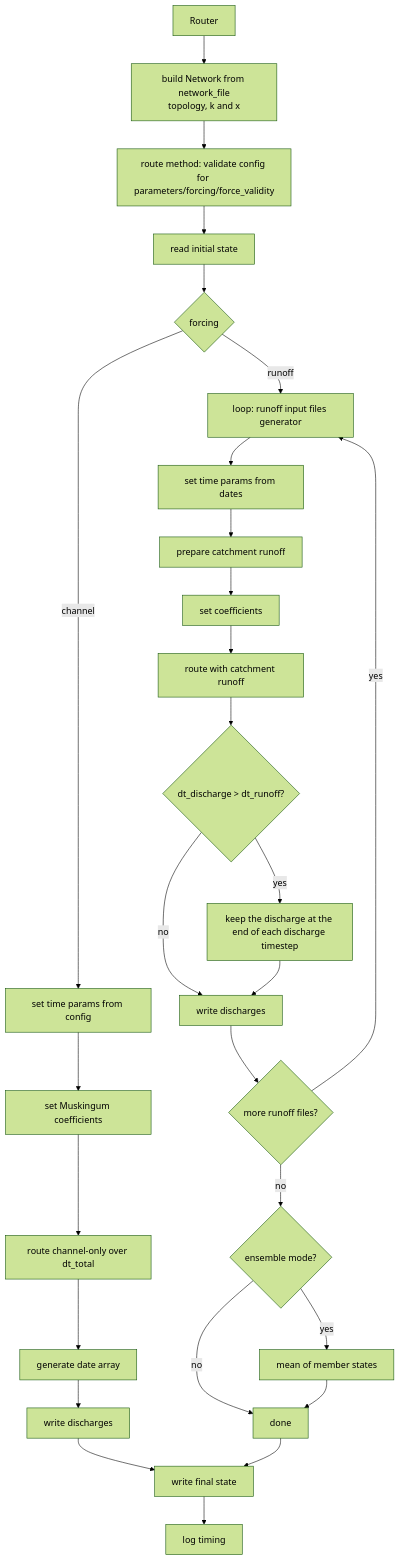
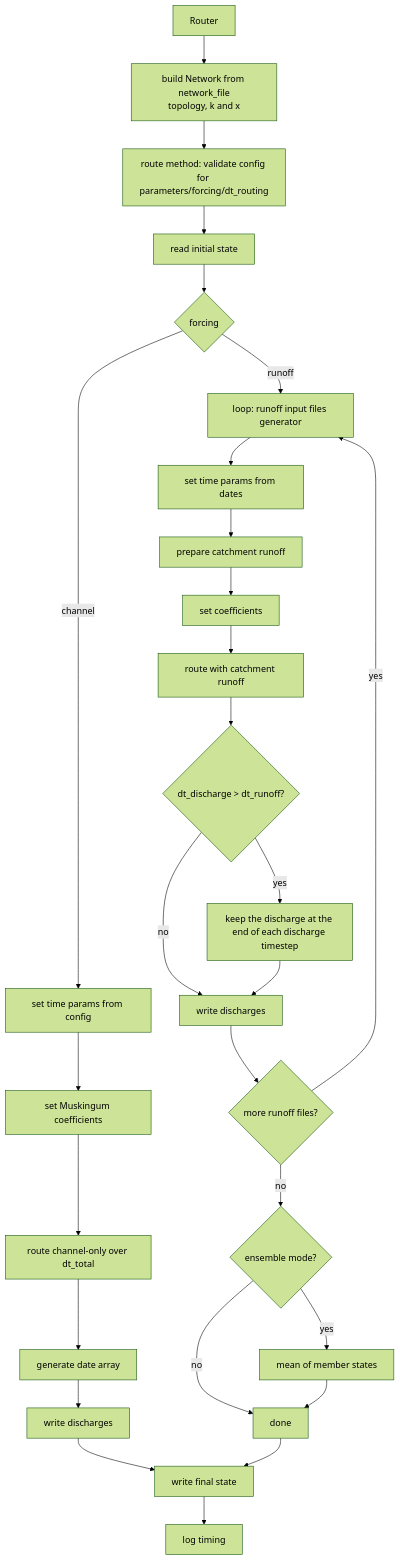
The diagram in docs/tutorial/advanced.md (rileyhales/river-route), drawn with Mermaid (forest theme) before and after one commit. The commit also changed other lines of this file and 25 other files, not shown here.

````diff
--- a/docs/tutorial/advanced.md
+++ b/docs/tutorial/advanced.md
@@ -3,33 +3,33 @@
 ```mermaid
 graph TD
     A[Router] --> C[build Network from network_file<br/>topology, k and x]
-    C --> B[route method: validate config for parameters/forcing/force_validity]
+    C --> B[route method: validate config for parameters/forcing/dt_routing]
     B --> D[read initial state]
     D --> E{forcing}
 
     E -->|channel| F[set time params from config]
     F --> G[set Muskingum coefficients]
     G --> H[route channel-only over dt_total]
     H --> I[generate date array]
     I --> J[write discharges]
 
     E -->|runoff| K[loop: runoff input files generator]
     K --> L[set time params from dates]
     L --> M[prepare catchment runoff]
     M --> N[set coefficients]
     N --> O[route with catchment runoff]
     O --> P{dt_discharge > dt_runoff?}
     P -->|yes| Q[keep the discharge at the end of each discharge timestep]
     P -->|no| R[write discharges]
     Q --> R
     R --> S{more runoff files?}
     S -->|yes| K
     S -->|no| T{ensemble mode?}
     T -->|yes| U[mean of member states]
     T -->|no| V[done]
     U --> V
 
     J --> W[write final state]
     V --> W
     W --> X[log timing]
 ```
````
